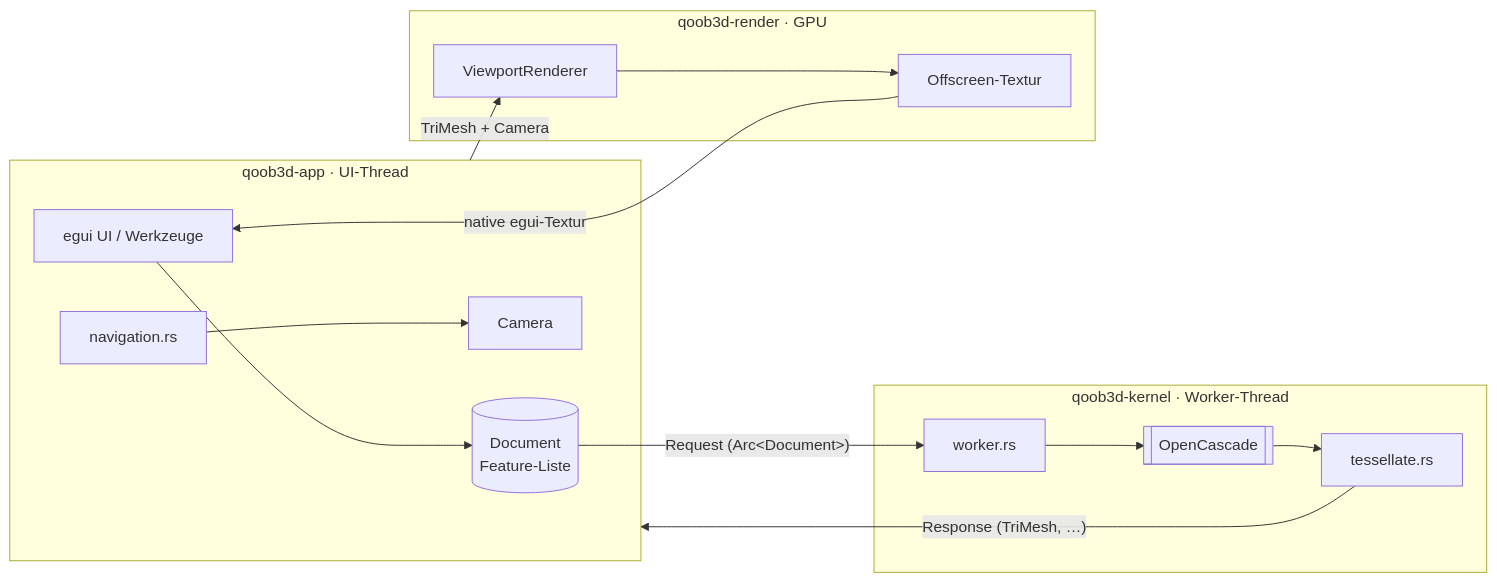
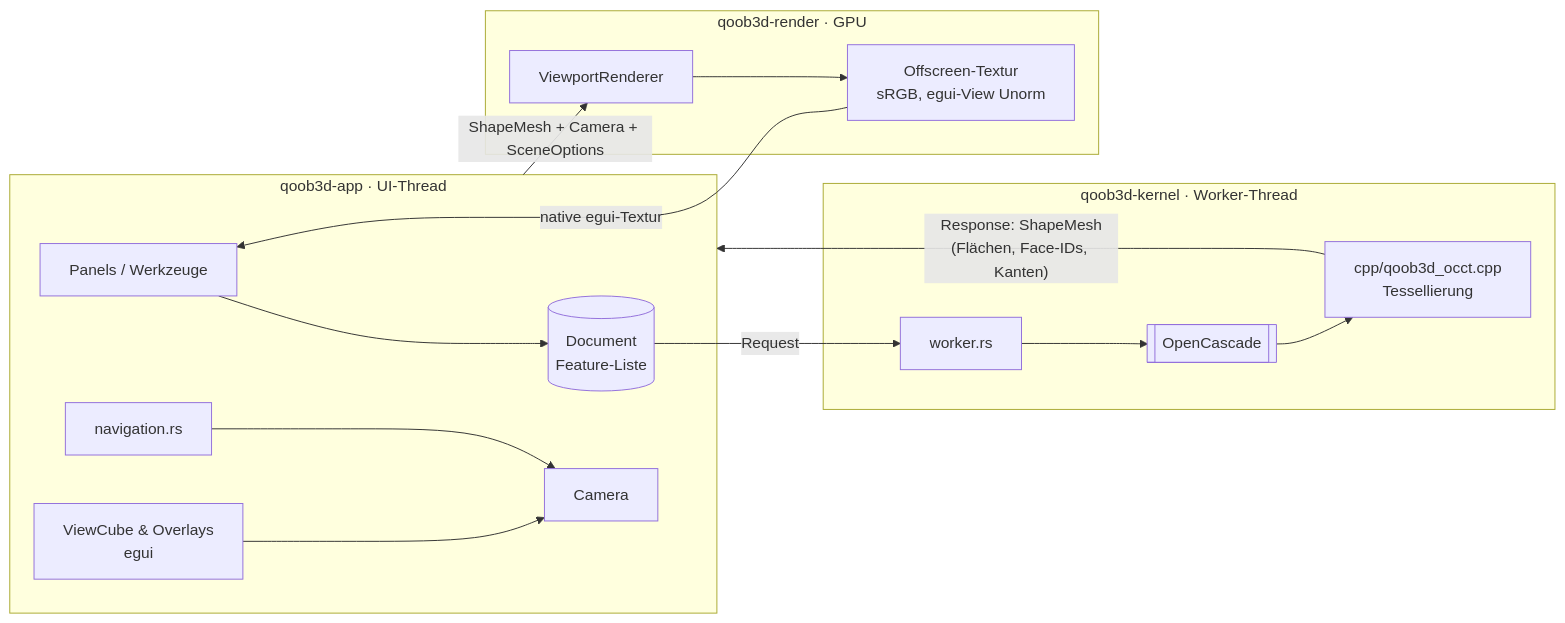
One commit to COQOON-labs/qoob3d changed the first of 2 diagrams in docs/architecture.md. Above: the diagram before and after it, drawn with Mermaid. The commit also changed other lines of this file and 82 other files, not shown here.

````diff
--- a/docs/architecture.md
+++ b/docs/architecture.md
@@ -8,18 +8,19 @@
 ```mermaid
 flowchart LR
     subgraph app[qoob3d-app · UI-Thread]
-        UI[egui UI / Werkzeuge] --> DOC[(Document<br/>Feature-Liste)]
+        UI[Panels / Werkzeuge] --> DOC[(Document<br/>Feature-Liste)]
         NAV[navigation.rs] --> CAM[Camera]
+        VC[ViewCube & Overlays<br/>egui] --> CAM
     end
     subgraph kernel[qoob3d-kernel · Worker-Thread]
         W[worker.rs] --> OCCT[[OpenCascade]]
-        OCCT --> TESS[tessellate.rs]
+        OCCT --> CPP[cpp/qoob3d_occt.cpp<br/>Tessellierung]
     end
     subgraph render[qoob3d-render · GPU]
-        R[ViewportRenderer] --> TEX[Offscreen-Textur]
+        R[ViewportRenderer] --> TEX[Offscreen-Textur<br/>sRGB, egui-View Unorm]
     end
-    DOC -- "Request (Arc&lt;Document&gt;)" --> W
-    TESS -- "Response (TriMesh, …)" --> app
-    app -- "TriMesh + Camera" --> R
+    DOC -- "Request" --> W
+    CPP -- "Response: ShapeMesh<br/>(Flächen, Face-IDs, Kanten)" --> app
+    app -- "ShapeMesh + Camera + SceneOptions" --> R
     TEX -- "native egui-Textur" --> UI
 ```
````
